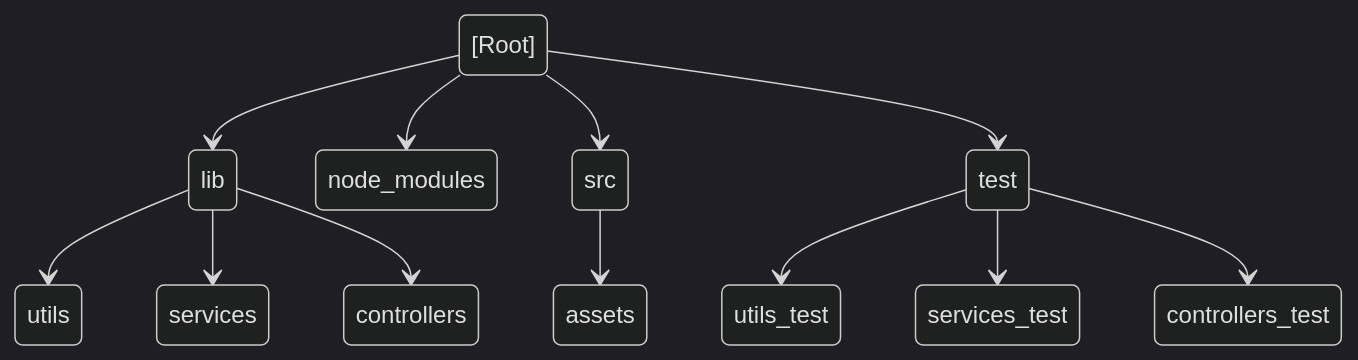
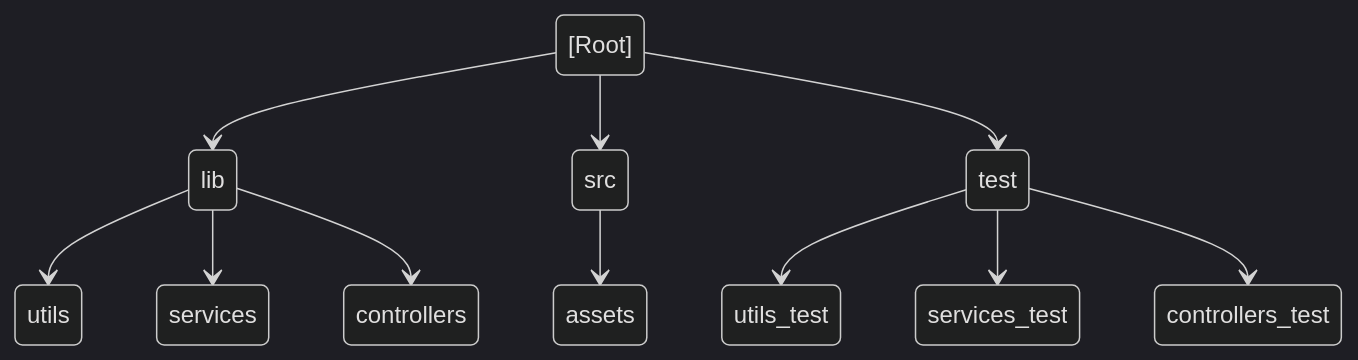
Before and after one commit to FernandoMoralesH/Hack_the_ocean: the first of 2 diagrams in README.md, drawn with Mermaid (dark theme).

````diff
--- a/README.md
+++ b/README.md
@@ -72,14 +72,13 @@
 ```mermaid
 stateDiagram-v2
 [Root] --> lib
 lib --> utils
 lib --> services
 lib --> controllers
-[Root] --> node_modules
 [Root] --> src
 src --> assets
 [Root] --> test
 test --> utils_test
 test -->services_test
 test --> controllers_test
 ```
````
